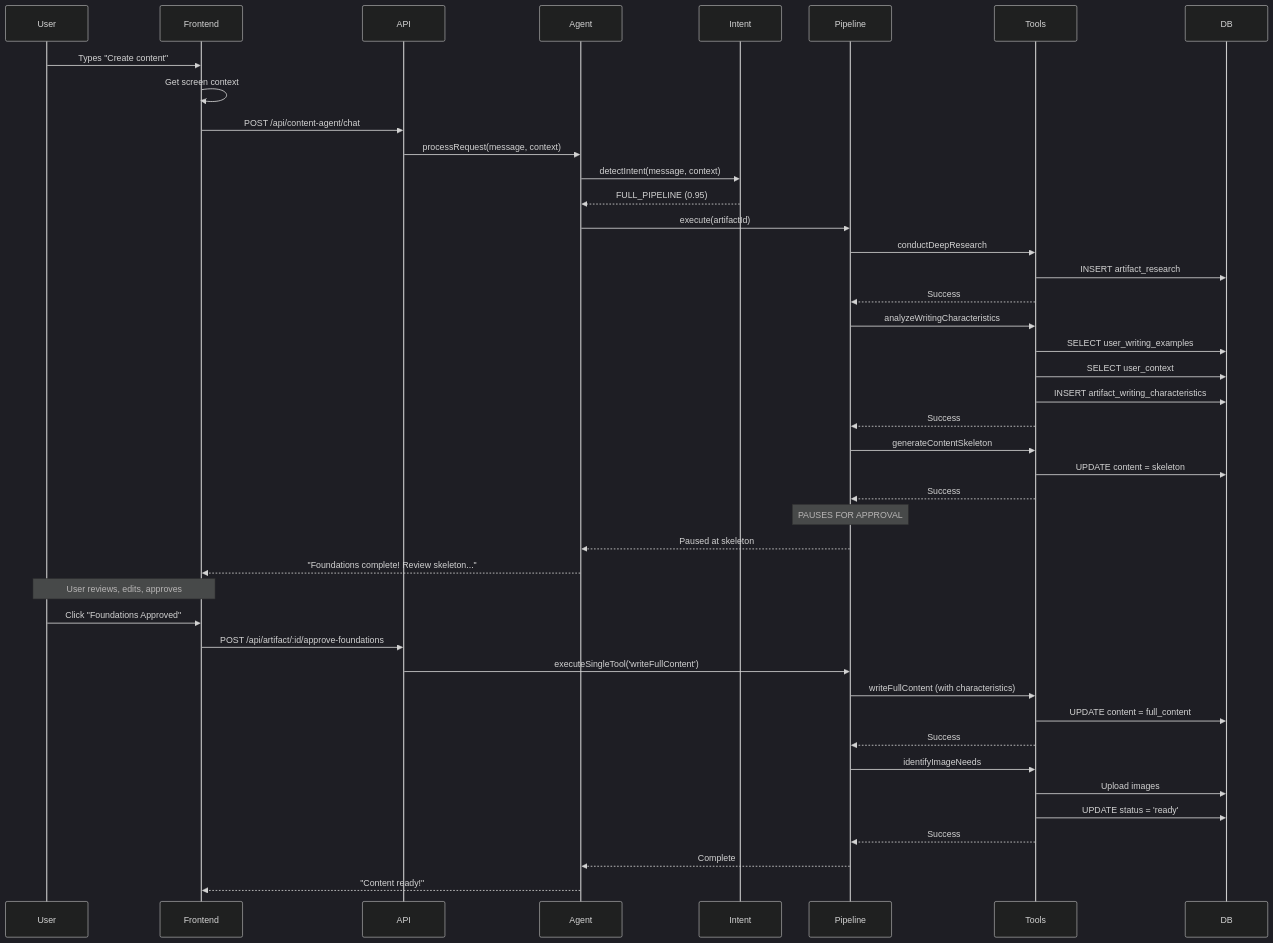
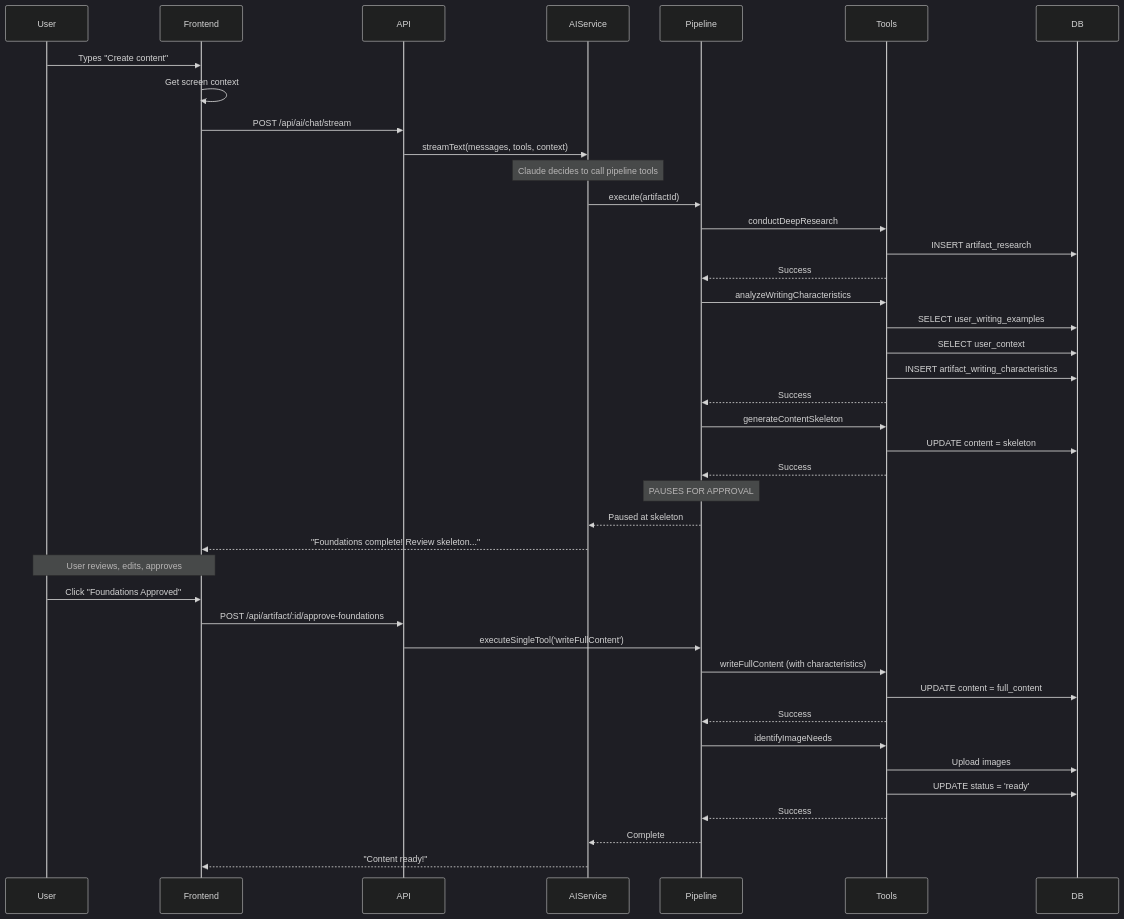
One commit to kobiagi-builder/nextup changed the third of 3 diagrams in docs/ai-agents-and-prompts/content-agent-overview.md. Above: the diagram before and after it, drawn with Mermaid (dark theme). The commit also changed other lines of this file and 11 other files, not shown here.

````diff
--- a/docs/ai-agents-and-prompts/content-agent-overview.md
+++ b/docs/ai-agents-and-prompts/content-agent-overview.md
@@ -452,58 +418,55 @@
 ```mermaid
 sequenceDiagram
     participant User
     participant Frontend
     participant API
-    participant Agent
-    participant Intent
+    participant AIService
     participant Pipeline
     participant Tools
     participant DB
 
     User->>Frontend: Types "Create content"
     Frontend->>Frontend: Get screen context
-    Frontend->>API: POST /api/content-agent/chat
-    API->>Agent: processRequest(message, context)
+    Frontend->>API: POST /api/ai/chat/stream
+    API->>AIService: streamText(messages, tools, context)
 
-    Agent->>Intent: detectIntent(message, context)
-    Intent-->>Agent: FULL_PIPELINE (0.95)
-
-    Agent->>Pipeline: execute(artifactId)
+    Note over AIService: Claude decides to call pipeline tools
+    AIService->>Pipeline: execute(artifactId)
 
     Pipeline->>Tools: conductDeepResearch
     Tools->>DB: INSERT artifact_research
     Tools-->>Pipeline: Success
 
     Pipeline->>Tools: analyzeWritingCharacteristics
     Tools->>DB: SELECT user_writing_examples
     Tools->>DB: SELECT user_context
     Tools->>DB: INSERT artifact_writing_characteristics
     Tools-->>Pipeline: Success
 
     Pipeline->>Tools: generateContentSkeleton
     Tools->>DB: UPDATE content = skeleton
     Tools-->>Pipeline: Success
 
     Note over Pipeline: PAUSES FOR APPROVAL
 
-    Pipeline-->>Agent: Paused at skeleton
-    Agent-->>Frontend: "Foundations complete! Review skeleton..."
+    Pipeline-->>AIService: Paused at skeleton
+    AIService-->>Frontend: "Foundations complete! Review skeleton..."
 
     Note over User,Frontend: User reviews, edits, approves
 
     User->>Frontend: Click "Foundations Approved"
     Frontend->>API: POST /api/artifact/:id/approve-foundations
     API->>Pipeline: executeSingleTool('writeFullContent')
 
     Pipeline->>Tools: writeFullContent (with characteristics)
     Tools->>DB: UPDATE content = full_content
     Tools-->>Pipeline: Success
 
     Pipeline->>Tools: identifyImageNeeds
     Tools->>DB: Upload images
     Tools->>DB: UPDATE status = 'ready'
     Tools-->>Pipeline: Success
 
-    Pipeline-->>Agent: Complete
-    Agent-->>Frontend: "Content ready!"
+    Pipeline-->>AIService: Complete
+    AIService-->>Frontend: "Content ready!"
 ```
````
